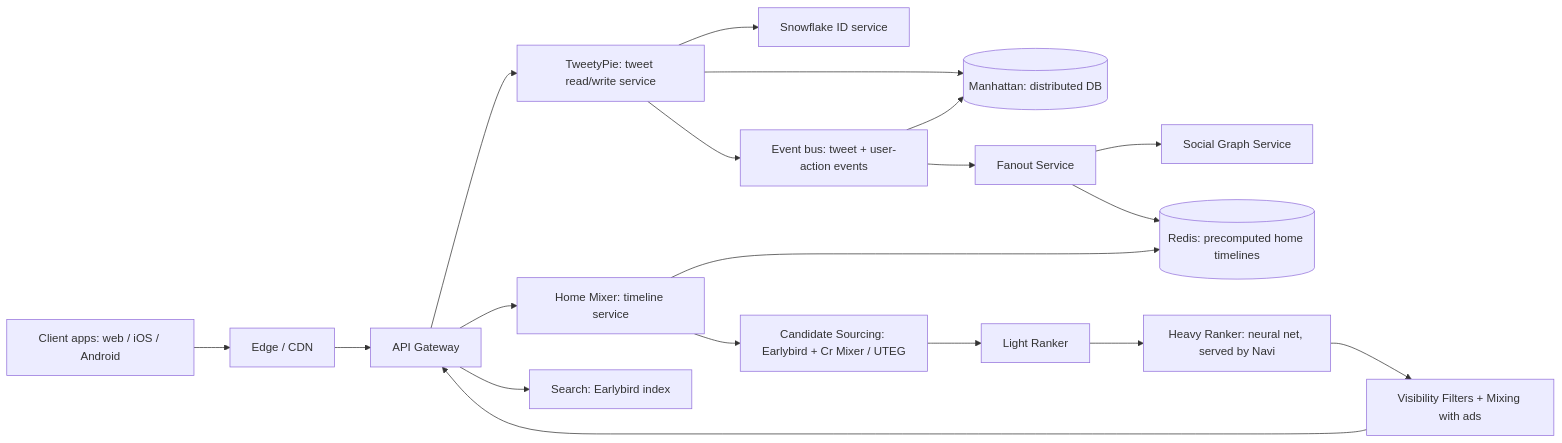
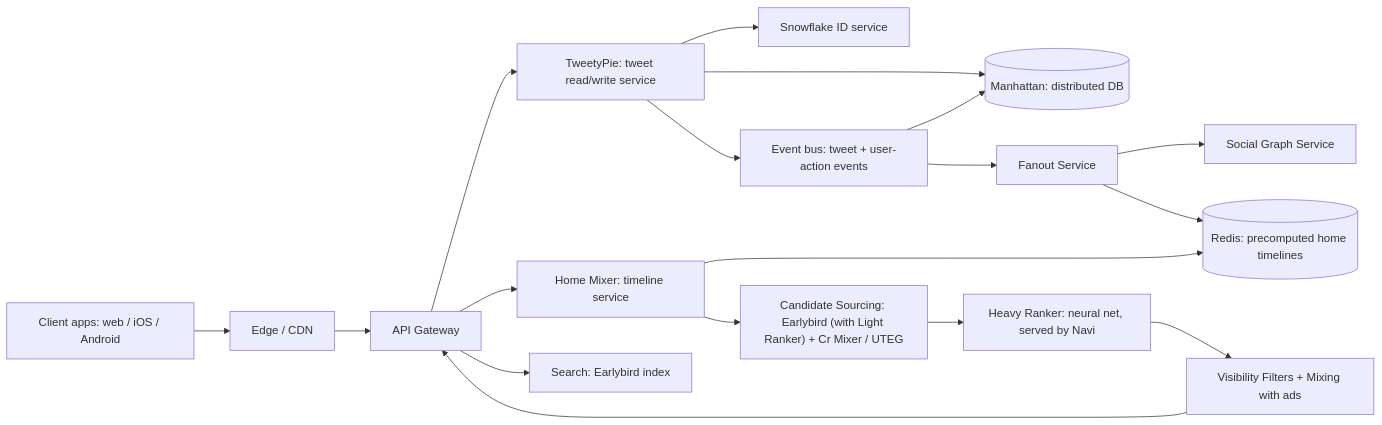
The first of 7 diagrams in companies/twitter-x.md (alwin-verus/big-tech-system-design), drawn with Mermaid before and after one commit. The commit also changed other lines of this file and 56 other files, not shown here.

````diff
--- a/companies/twitter-x.md
+++ b/companies/twitter-x.md
@@ -204,21 +321,20 @@
 ```mermaid
 flowchart LR
   Client["Client apps: web / iOS / Android"] --> Edge["Edge / CDN"]
   Edge --> GW["API Gateway"]
   GW --> TweetSvc["TweetyPie: tweet read/write service"]
   GW --> HomeMixer["Home Mixer: timeline service"]
   GW --> Search["Search: Earlybird index"]
   TweetSvc --> SnowflakeSvc["Snowflake ID service"]
   TweetSvc --> Manhattan[("Manhattan: distributed DB")]
   TweetSvc --> Bus["Event bus: tweet + user-action events"]
   Bus --> Fanout["Fanout Service"]
   Fanout --> SocialGraph["Social Graph Service"]
   Fanout --> RedisTL[("Redis: precomputed home timelines")]
   HomeMixer --> RedisTL
-  HomeMixer --> CandSrc["Candidate Sourcing: Earlybird + Cr Mixer / UTEG"]
-  CandSrc --> LightRanker["Light Ranker"]
-  LightRanker --> HeavyRanker["Heavy Ranker: neural net, served by Navi"]
+  HomeMixer --> CandSrc["Candidate Sourcing: Earlybird (with Light Ranker) + Cr Mixer / UTEG"]
+  CandSrc --> HeavyRanker["Heavy Ranker: neural net, served by Navi"]
   HeavyRanker --> Filters["Visibility Filters + Mixing with ads"]
   Filters --> GW
   Bus --> Manhattan
 ```
````
